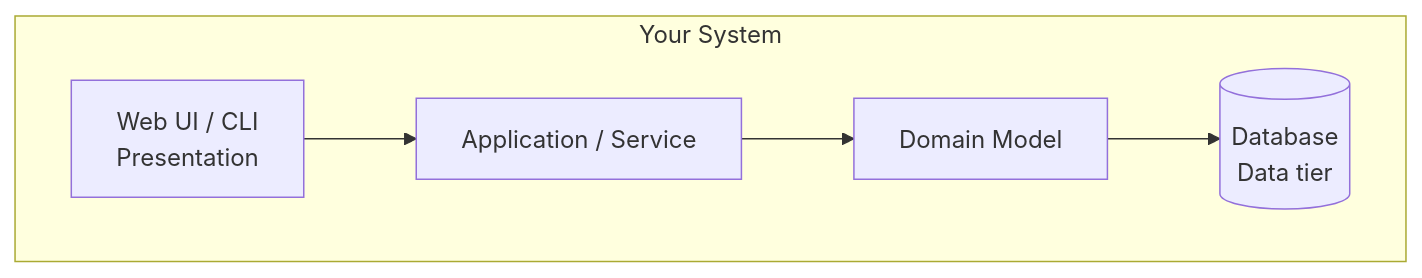
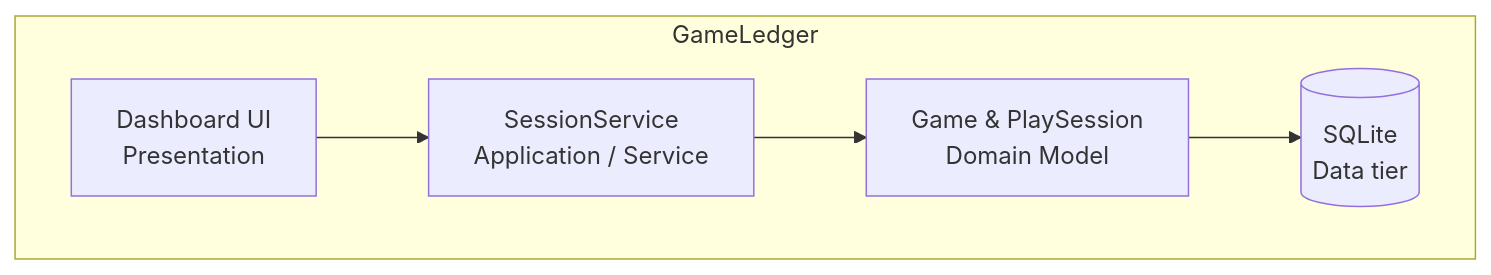
One commit to DavLien/cen5064-project-liendo changed the second of 4 diagrams in README.md. Above: the diagram before and after it, drawn with Mermaid. The commit also changed other lines of this file, not shown here.

First line of the commit message:
L2 studio: C4 + class diagram

````diff
--- a/README.md
+++ b/README.md
@@ -46,9 +46,9 @@
 ```mermaid
 %% Container view: your containers should match the tier table above.
 flowchart TB
-    subgraph YourSystem [Your System]
-        ui[Web UI / CLI<br/>Presentation] --> api[Application / Service]
-        api --> domain[Domain Model]
-        domain --> db[(Database<br/>Data tier)]
+    subgraph GameLedgerSystem [GameLedger]
+        ui[Dashboard UI<br/>Presentation] --> api[SessionService<br/>Application / Service]
+        api --> domain[Game & PlaySession<br/>Domain Model]
+        domain --> db[(SQLite<br/>Data tier)]
     end
 ```
````
